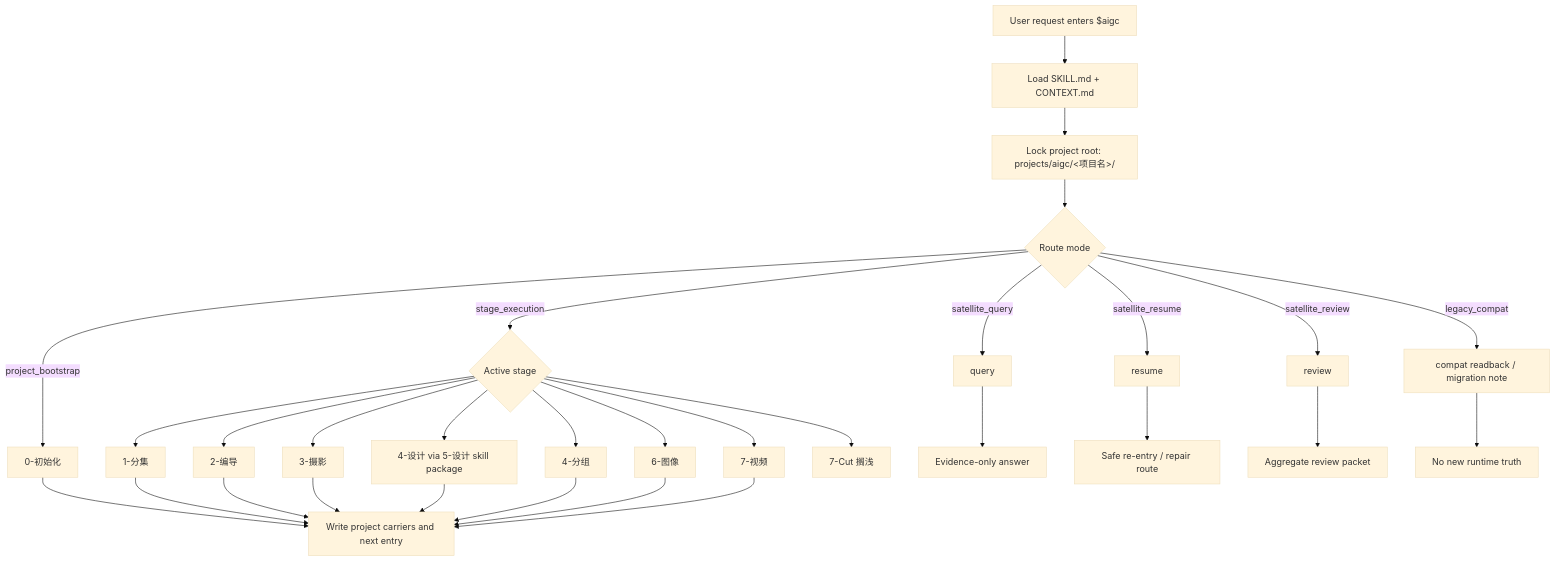
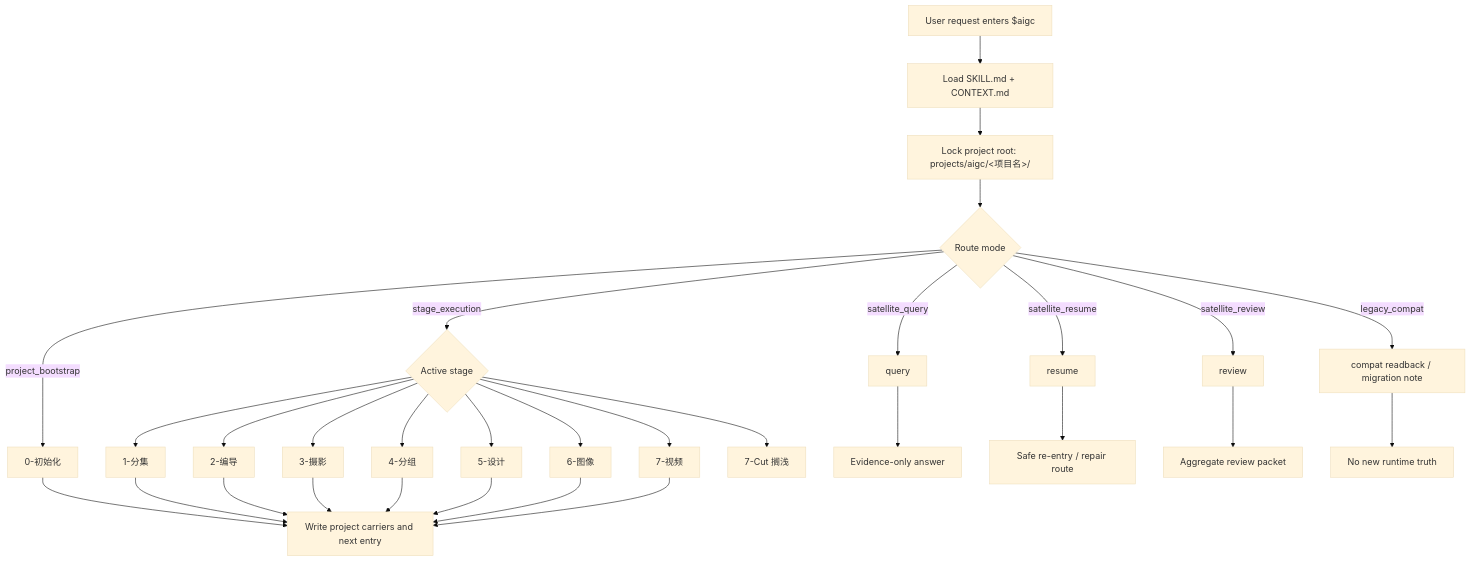
Before and after one commit to ZEN-VOID/AI-CUT: the diagram in .agents/skills/aigc/SKILL.md, drawn with Mermaid (base theme). The commit also changed other lines of this file and 526 other files, not shown here.

````diff
--- a/.agents/skills/aigc/SKILL.md
+++ b/.agents/skills/aigc/SKILL.md
@@ -34,32 +34,32 @@
 ```mermaid
 flowchart TD
     A["User request enters $aigc"] --> B["Load SKILL.md + CONTEXT.md"]
     B --> C["Lock project root: projects/aigc/<项目名>/"]
     C --> D{"Route mode"}
     D -->|"project_bootstrap"| E["0-初始化"]
     D -->|"stage_execution"| F{"Active stage"}
     D -->|"satellite_query"| G["query"]
     D -->|"satellite_resume"| H["resume"]
     D -->|"satellite_review"| I["review"]
     D -->|"legacy_compat"| J["compat readback / migration note"]
     F --> F1["1-分集"]
     F --> F2["2-编导"]
     F --> F3["3-摄影"]
-    F --> F4["4-设计 via 5-设计 skill package"]
-    F --> F5["4-分组"]
+    F --> F4["4-分组"]
+    F --> F5["5-设计"]
     F --> F6["6-图像"]
     F --> F7["7-视频"]
     F --> F8["7-Cut 搁浅"]
     E --> K["Write project carriers and next entry"]
     F1 --> K
     F2 --> K
     F3 --> K
     F4 --> K
     F5 --> K
     F6 --> K
     F7 --> K
     G --> L["Evidence-only answer"]
     H --> M["Safe re-entry / repair route"]
     I --> N["Aggregate review packet"]
     J --> O["No new runtime truth"]
 ```
````
